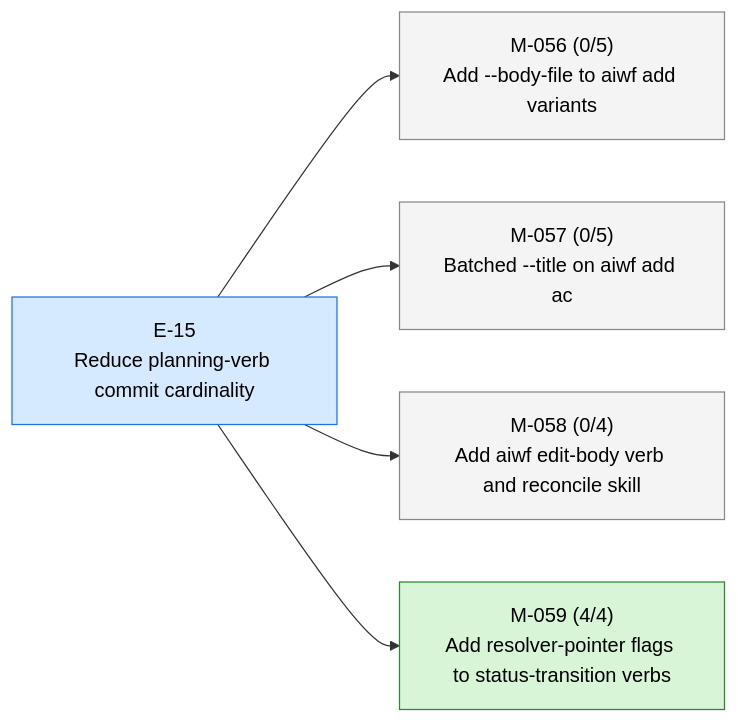
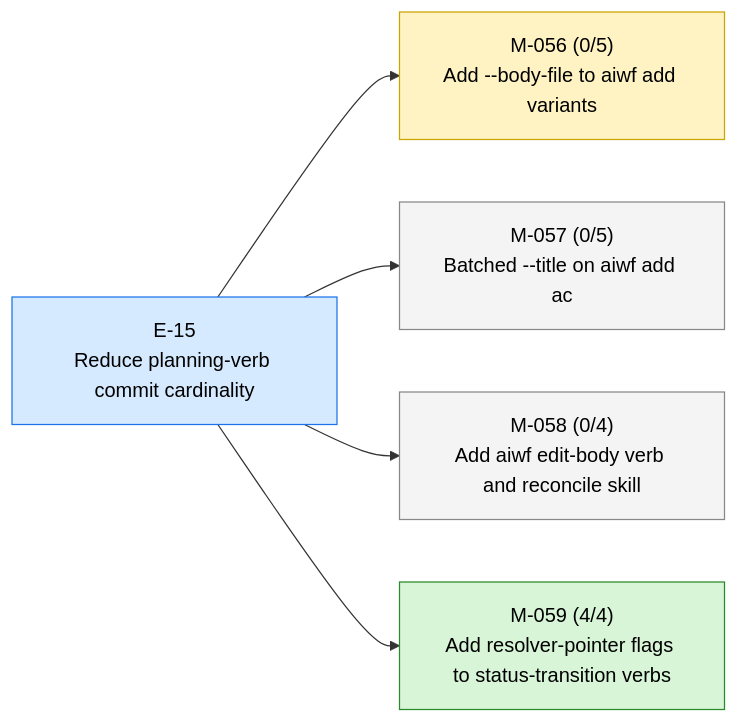
The first of 3 diagrams in STATUS.md (23min/aiwf), drawn with Mermaid before and after one commit. The commit also changed other lines of this file and 1 other file, not shown here.

Commit message:
aiwf promote M-056 draft -> in_progress
aiwf-verb: promote
aiwf-entity: M-056
aiwf-actor: human/peter
aiwf-to: in_progress

````diff
--- a/STATUS.md
+++ b/STATUS.md
@@ -14,18 +14,18 @@
 ```mermaid
 flowchart LR
   E_15["E-15<br/>Reduce planning-verb commit cardinality"]:::epic_active
-  M_056["M-056 (0/5)<br/>Add --body-file to aiwf add variants"]:::ms_draft
+  M_056["M-056 (0/5)<br/>Add --body-file to aiwf add variants"]:::ms_in_progress
   E_15 --> M_056
   M_057["M-057 (0/5)<br/>Batched --title on aiwf add ac"]:::ms_draft
   E_15 --> M_057
   M_058["M-058 (0/4)<br/>Add aiwf edit-body verb and reconcile skill"]:::ms_draft
   E_15 --> M_058
   M_059["M-059 (4/4)<br/>Add resolver-pointer flags to status-transition verbs"]:::ms_done
   E_15 --> M_059
   classDef epic_active fill:#d6eaff,stroke:#1a73e8,color:#000
   classDef epic_proposed fill:#f4f4f4,stroke:#888,color:#000
   classDef ms_done fill:#d8f5d8,stroke:#2a8a2a,color:#000
   classDef ms_in_progress fill:#fff3c4,stroke:#caa400,color:#000
   classDef ms_draft fill:#f4f4f4,stroke:#888,color:#000
   classDef ms_cancelled fill:#fbeaea,stroke:#c33,color:#000
 ```
````
